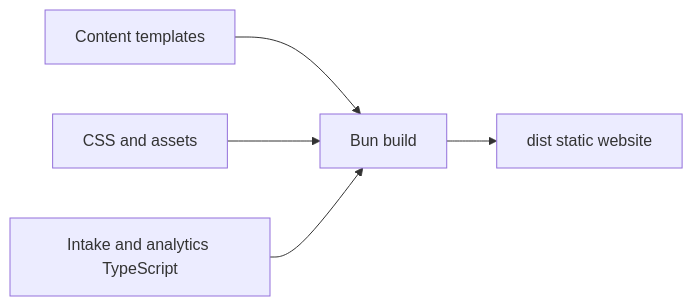
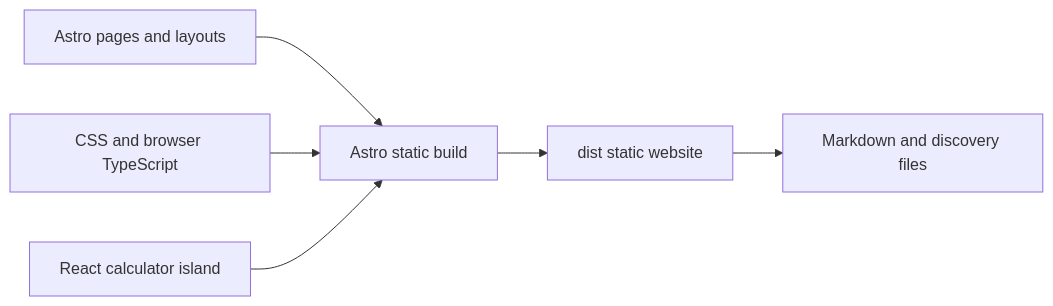
Before and after one commit to smeltery/adamou-financial-consulting: the diagram in docs/development.md, drawn with Mermaid. The commit also changed other lines of this file and 52 other files, not shown here.

Commit message:
refactor: use Astro pages and React calculator islands

````diff
--- a/docs/development.md
+++ b/docs/development.md
@@ -32,7 +35,8 @@
 ```mermaid
 flowchart LR
-  A[Content templates] --> B[Bun build]
-  C[CSS and assets] --> B
-  D[Intake and analytics TypeScript] --> B
+  A[Astro pages and layouts] --> B[Astro static build]
+  C[CSS and browser TypeScript] --> B
+  D[React calculator island] --> B
   B --> E[dist static website]
+  E --> F[Markdown and discovery files]
 ```
````
